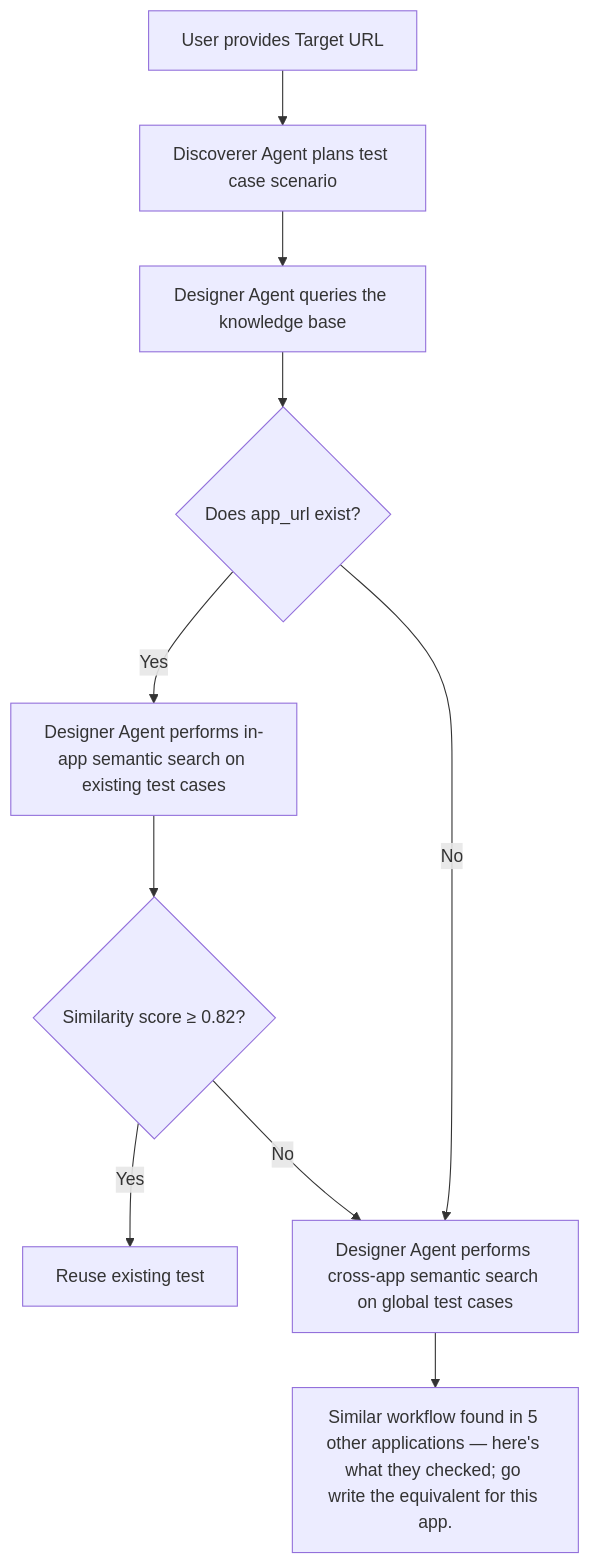
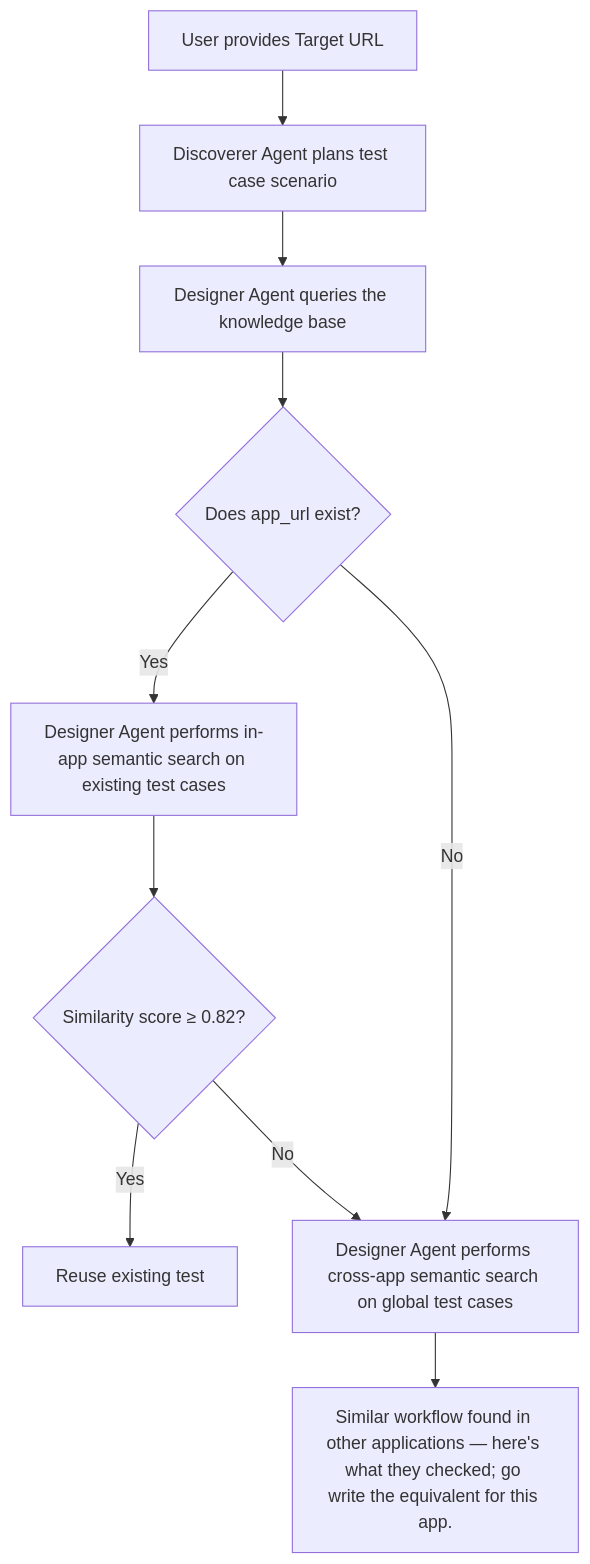
Before and after one commit to spalanivelu1989/test-suite: the first of 4 diagrams in docs/knowledge-db.md, drawn with Mermaid. The commit also changed other lines of this file, not shown here.

````diff
--- a/docs/knowledge-db.md
+++ b/docs/knowledge-db.md
@@ -52,23 +57,23 @@
 ```mermaid
 flowchart TD
     A[User provides Target URL]
     B[Discoverer Agent plans test case scenario]
     C[Designer Agent queries the knowledge base]
     D{Does app_url exist?}
 
     A --> B
     B --> C
     C --> D
 
     D -->|Yes| E[Designer Agent performs in-app semantic search on existing test cases]
 
     E --> F{Similarity score ≥ 0.82?}
 
     F -->|Yes| G[Reuse existing test]
 
     F -->|No| H[Designer Agent performs cross-app semantic search on global test cases]
 
     D -->|No| H
 
-    H --> I["Similar workflow found in 5 other applications — here's what they checked; go write the equivalent for this app."]
+    H --> I["Similar workflow found in other applications — here's what they checked; go write the equivalent for this app."]
 ```
````
